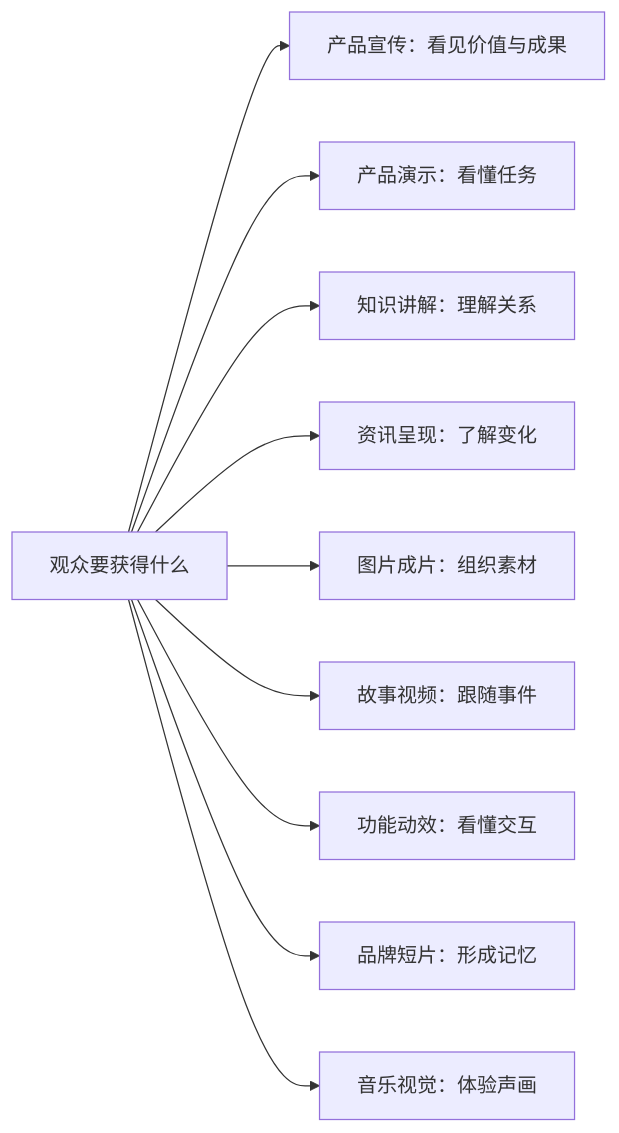
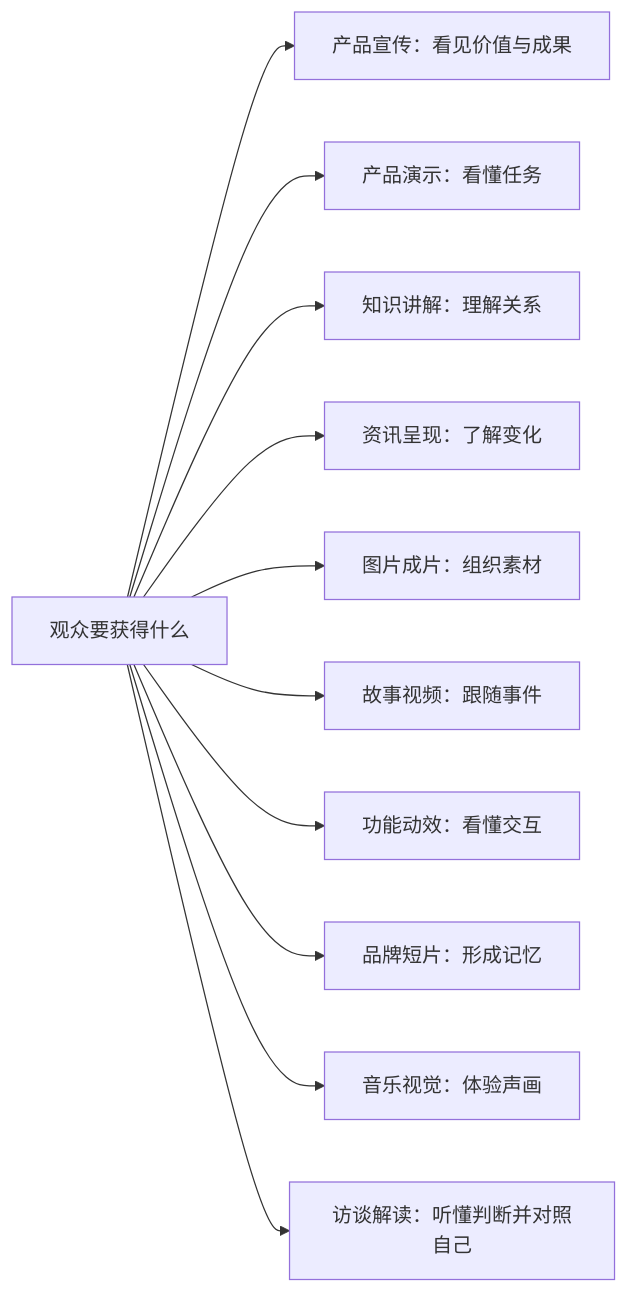
The first of 2 diagrams in README.md (mileson/chaojifeng-video-design), drawn with Mermaid before and after one commit. The commit also changed other lines of this file and 48 other files, not shown here.

````diff
--- a/README.md
+++ b/README.md
@@ -440,12 +452,13 @@
 ```mermaid
 flowchart LR
   A[观众要获得什么] --> B[产品宣传：看见价值与成果]
   A --> C[产品演示：看懂任务]
   A --> D[知识讲解：理解关系]
   A --> E[资讯呈现：了解变化]
   A --> F[图片成片：组织素材]
   A --> G[故事视频：跟随事件]
   A --> H[功能动效：看懂交互]
   A --> I[品牌短片：形成记忆]
   A --> J[音乐视觉：体验声画]
+  A --> K[访谈解读：听懂判断并对照自己]
 ```
````
